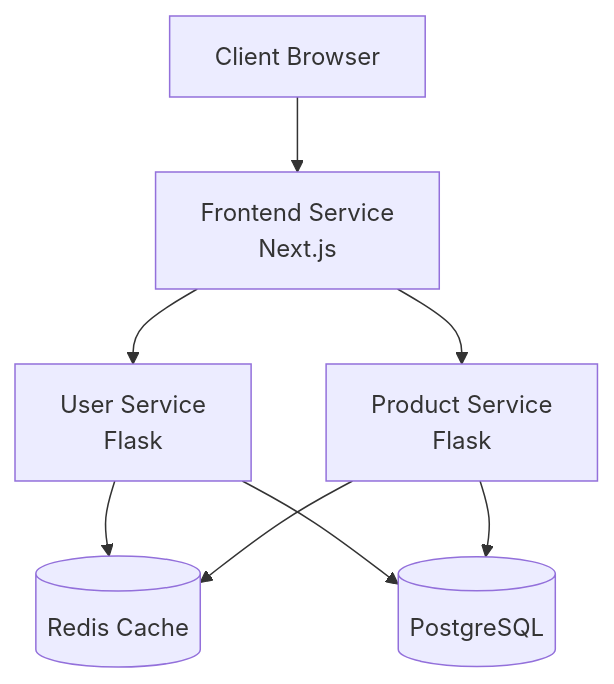
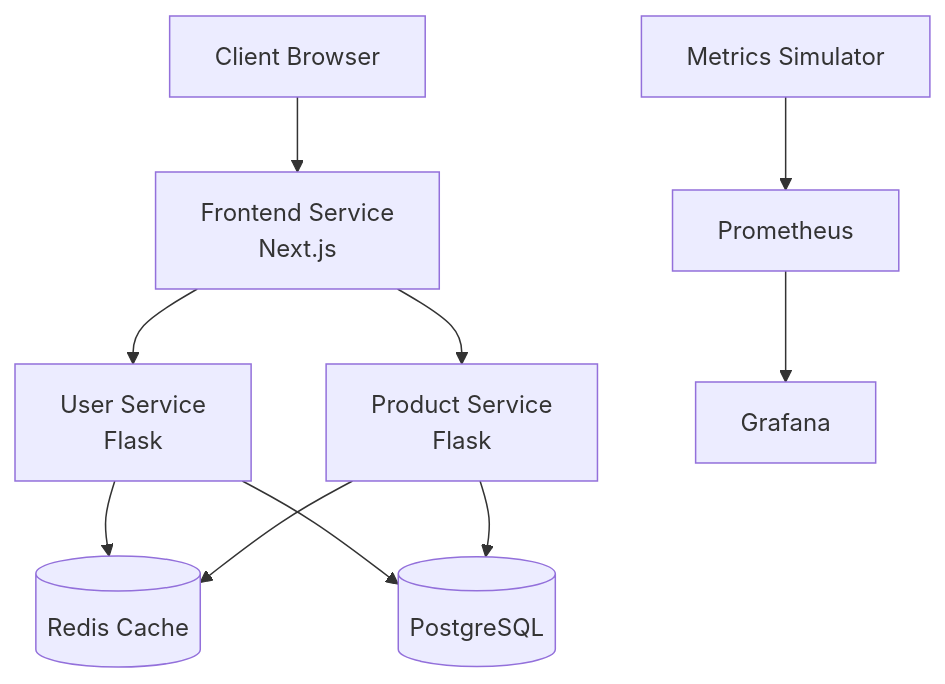
Before and after one commit to Isrealade/shopnexus-microservices: the diagram in README.md, drawn with Mermaid. The commit also changed other lines of this file, not shown here.

````diff
--- a/README.md
+++ b/README.md
@@ -9,10 +9,12 @@
 ```mermaid
 graph TD
     Client[Client Browser] --> Frontend[Frontend Service<br/>Next.js]
     Frontend --> UserService[User Service<br/>Flask]
     Frontend --> ProductService[Product Service<br/>Flask]
     UserService --> Redis[(Redis Cache)]
     ProductService --> Redis
     UserService --> PostgreSQL[(PostgreSQL)]
     ProductService --> PostgreSQL
+    MetricsSim[Metrics Simulator] --> Prometheus[Prometheus]
+    Prometheus --> Grafana[Grafana]
 ```
````
